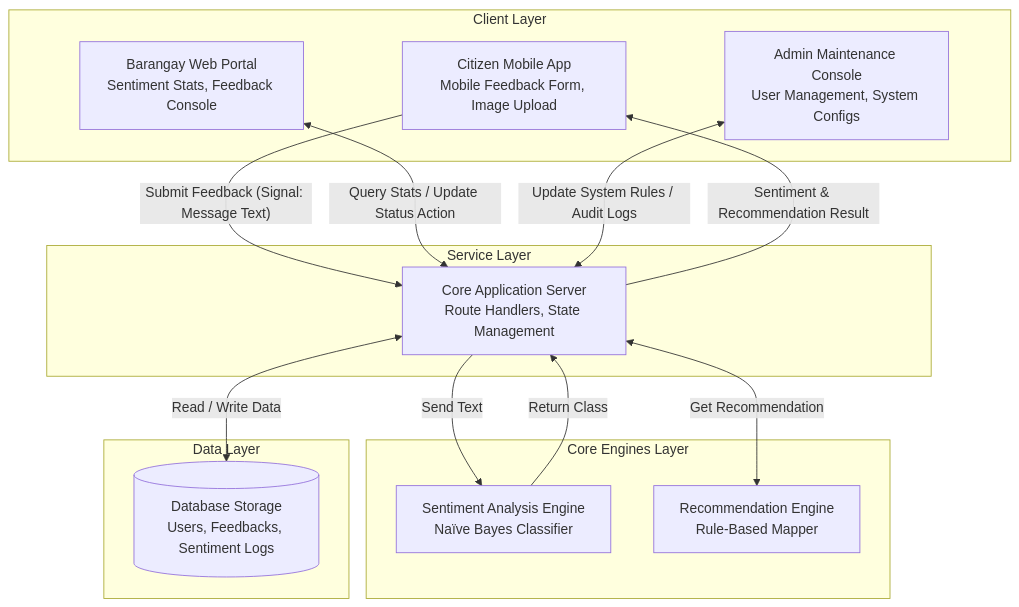
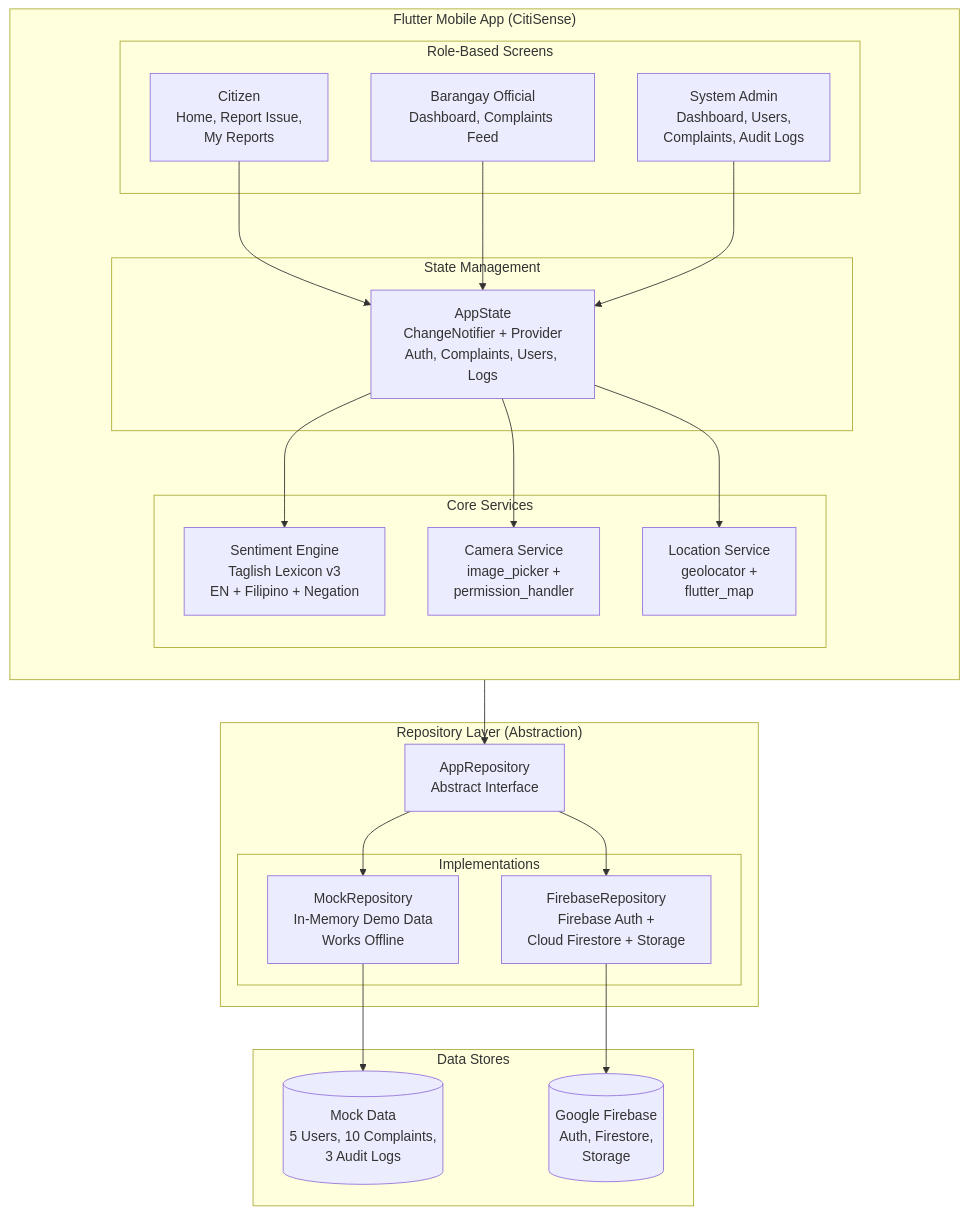
Before and after one commit to TimJohn05/Citisense: the diagram in citisense/docs/diagram2_architecture.mmd, drawn with Mermaid. The commit also changed 23 other files, not shown here.

First line of the commit message:
Update all docs: architecture, use case, DFDs, Gantt, testing, sentiment

```diff
--- a/citisense/docs/diagram2_architecture.mmd
+++ b/citisense/docs/diagram2_architecture.mmd
@@ -1,32 +1,42 @@
 flowchart TD
-    subgraph Client Layer
-        C[Citizen Mobile App<br>Mobile Feedback Form, Image Upload]
-        B[Barangay Web Portal<br>Sentiment Stats, Feedback Console]
-        A[Admin Maintenance Console<br>User Management, System Configs]
+    subgraph Mobile["Flutter Mobile App (CitiSense)"]
+        direction TB
+        subgraph Screens["Role-Based Screens"]
+            C[Citizen<br>Home, Report Issue,<br>My Reports]
+            O[Barangay Official<br>Dashboard, Complaints Feed]
+            A[System Admin<br>Dashboard, Users,<br>Complaints, Audit Logs]
+        end
+
+        subgraph State["State Management"]
+            AS[AppState<br>ChangeNotifier + Provider<br>Auth, Complaints, Users, Logs]
+        end
+
+        subgraph Engines["Core Services"]
+            SE[Sentiment Engine<br>Taglish Lexicon v3<br>EN + Filipino + Negation]
+            CS[Camera Service<br>image_picker +<br>permission_handler]
+            LS[Location Service<br>geolocator +<br>flutter_map]
+        end
     end
 
-    subgraph Service Layer
-        S[Core Application Server<br>Route Handlers, State Management]
+    subgraph Repo["Repository Layer (Abstraction)"]
+        R[AppRepository<br>Abstract Interface]
+        subgraph Impl["Implementations"]
+            MR[MockRepository<br>In-Memory Demo Data<br>Works Offline]
+            FR[FirebaseRepository<br>Firebase Auth +<br>Cloud Firestore + Storage]
+        end
     end
 
-    subgraph Core Engines Layer
-        SE[Sentiment Analysis Engine<br>Naïve Bayes Classifier]
-        RE[Recommendation Engine<br>Rule-Based Mapper]
+    subgraph Data["Data Stores"]
+        MD[(Mock Data<br>5 Users, 10 Complaints,<br>3 Audit Logs)]
+        FB[(Google Firebase<br>Auth, Firestore,<br>Storage)]
     end
 
-    subgraph Data Layer
-        DB[(Database Storage<br>Users, Feedbacks, Sentiment Logs)]
-    end
-
-    C -- "Submit Feedback (Signal: Message Text)" --> S
-    S -- "Sentiment & Recommendation Result" --> C
-    
-    B <-- "Query Stats / Update Status Action" --> S
-    A <-- "Update System Rules / Audit Logs" --> S
-
-    S -- "Send Text" --> SE
-    SE -- "Return Class" --> S
-
-    S <-- "Get Recommendation" --> RE
-    
-    S <-- "Read / Write Data" --> DB
+    C & O & A --> AS
+    AS --> SE
+    AS --> CS
+    AS --> LS
+    AS --> R
+    R --> MR
+    R --> FR
+    MR --> MD
+    FR --> FB
```
